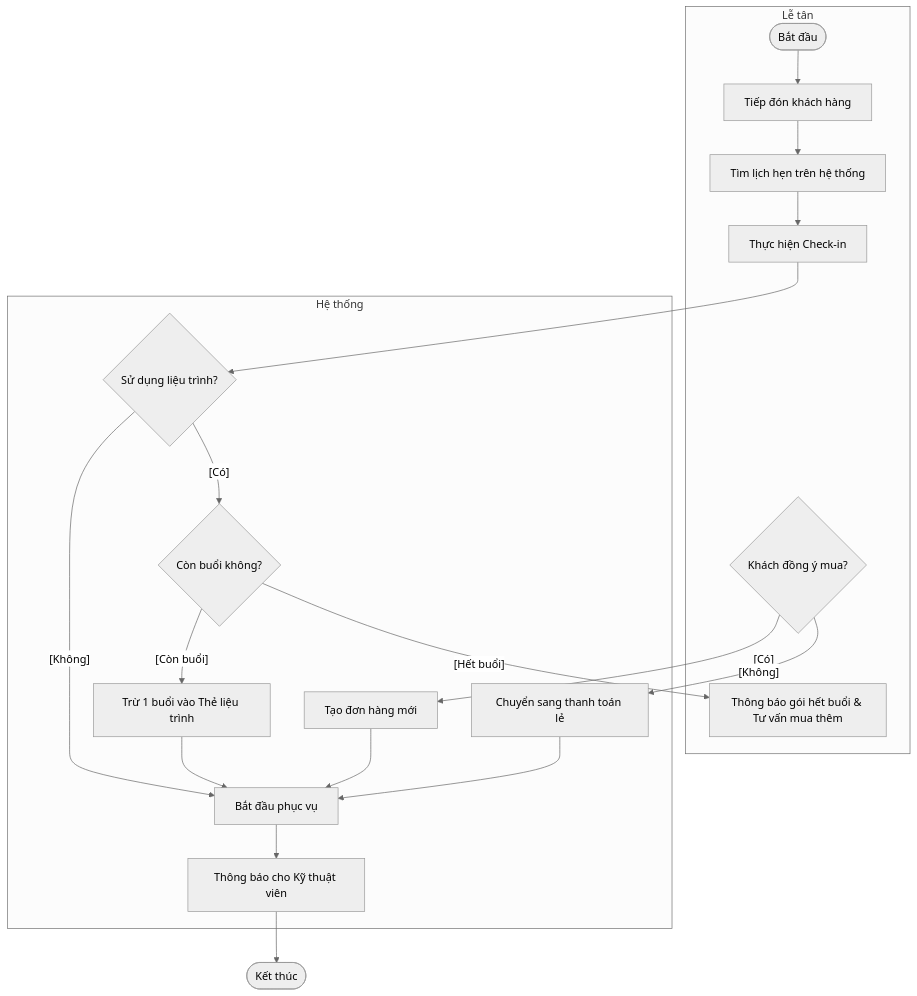
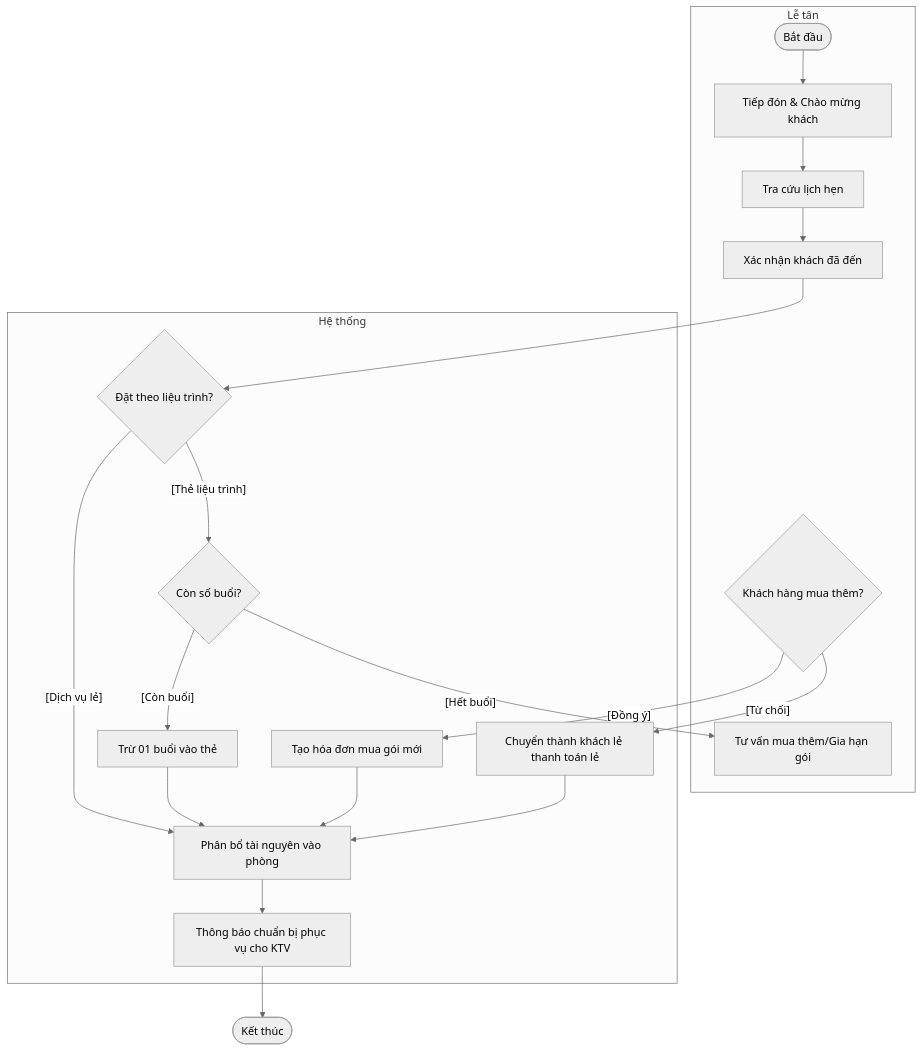
Before and after one commit to ngoctinn/Synapse: the sixth of 10 diagrams in docs/design/activity_diagrams.md, drawn with Mermaid (neutral theme). The commit also changed other lines of this file and 6 other files, not shown here.

Commit message:
docs: Add initial design documentation covering use cases, data specifications, and various system diagrams.

````diff
--- a/docs/design/activity_diagrams.md
+++ b/docs/design/activity_diagrams.md
@@ -165,31 +164,31 @@
 ```mermaid
 flowchart TD
     subgraph LeTan ["Lễ tân"]
-        Start([Bắt đầu]) --> CustomerArrive[Tiếp đón khách hàng]
-        CustomerArrive --> SearchBooking[Tìm lịch hẹn trên hệ thống]
-        SearchBooking --> ExecuteCI[Thực hiện Check-in]
-        WarnCustomer[Thông báo gói hết buổi & Tư vấn mua thêm]
-        ConfirmBuy{Khách đồng ý mua?}
+        Start([Bắt đầu]) --> Welcome[Tiếp đón & Chào mừng khách]
+        Welcome --> FindBooking[Tra cứu lịch hẹn]
+        FindBooking --> ConfirmCI[Xác nhận khách đã đến]
+        Consult[Tư vấn mua thêm/Gia hạn gói]
+        AgreeBuy{Khách hàng mua thêm?}
     end
 
     subgraph HeThong ["Hệ thống"]
-        ExecuteCI --> TypeCheck{Sử dụng liệu trình?}
+        ConfirmCI --> CheckUsage{Đặt theo liệu trình?}
 
-        TypeCheck -- "[Không]" --> ActiveBooking[Bắt đầu phục vụ]
+        CheckUsage -- "[Dịch vụ lẻ]" --> Ready[Phân bổ tài nguyên vào phòng]
 
-        TypeCheck -- "[Có]" --> SessionCheck{Còn buổi không?}
-        SessionCheck -- "[Còn buổi]" --> AutoDebit[Trừ 1 buổi vào Thẻ liệu trình]
-        SessionCheck -- "[Hết buổi]" --> WarnCustomer
+        CheckUsage -- "[Thẻ liệu trình]" --> SessionLeft{Còn số buổi?}
+        SessionLeft -- "[Còn buổi]" --> DeductSession[Trừ 01 buổi vào thẻ]
+        SessionLeft -- "[Hết buổi]" --> Consult
 
-        ConfirmBuy -- "[Có]" --> NewPackage[Tạo đơn hàng mới]
-        ConfirmBuy -- "[Không]" --> ManualInvoice[Chuyển sang thanh toán lẻ]
+        AgreeBuy -- "[Đồng ý]" --> NewSale[Tạo hóa đơn mua gói mới]
+        AgreeBuy -- "[Từ chối]" --> ChangeToManual[Chuyển thành khách lẻ thanh toán lẻ]
 
-        AutoDebit --> ActiveBooking
-        NewPackage --> ActiveBooking
-        ManualInvoice --> ActiveBooking
+        DeductSession --> Ready
+        NewSale --> Ready
+        ChangeToManual --> Ready
 
-        ActiveBooking --> NotifyKTV[Thông báo cho Kỹ thuật viên]
+        Ready --> NotifyKTV[Thông báo chuẩn bị phục vụ cho KTV]
     end
 
     NotifyKTV --> End([Kết thúc])
 ```
````
